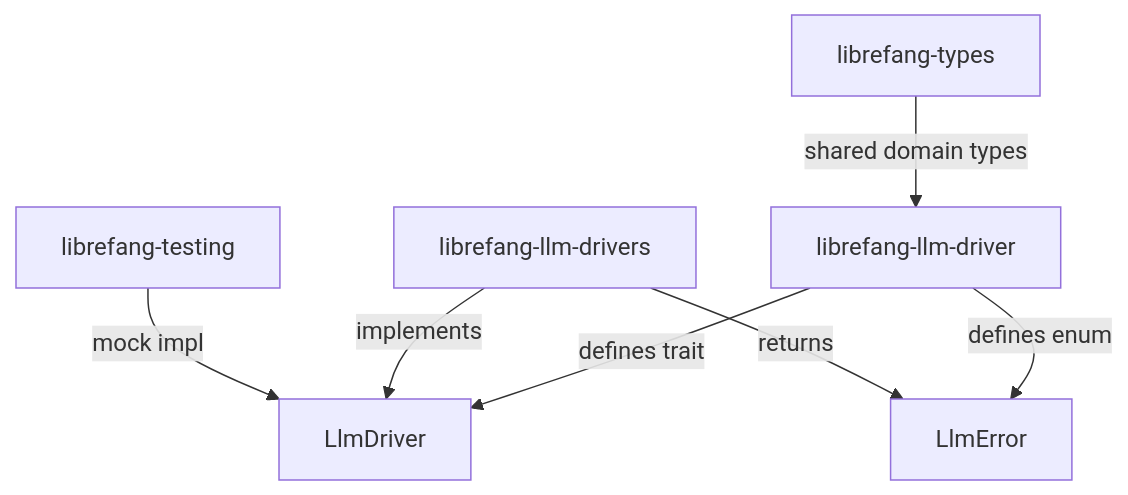
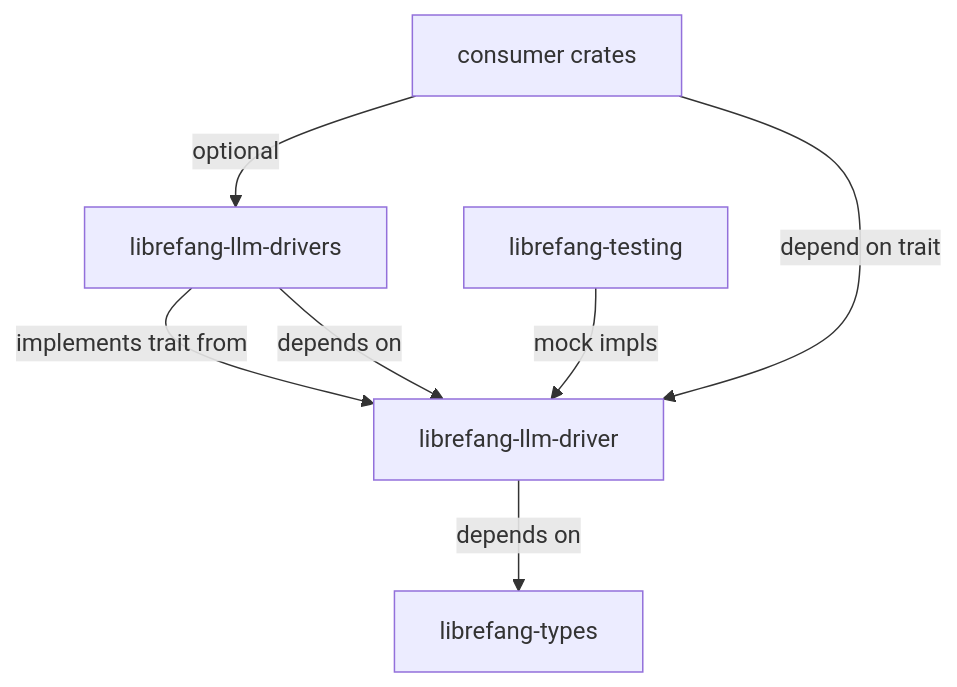
The diagram in other-librefang-llm-driver.md (leszek3737/librefang-WIki), drawn with Mermaid before and after one commit. The commit also changed other lines of this file and 125 other files, not shown here.

````diff
--- a/other-librefang-llm-driver.md
+++ b/other-librefang-llm-driver.md
@@ -9,9 +15,9 @@
 ```mermaid
 graph TD
-    A[librefang-llm-driver] -->|defines trait| B[LlmDriver]
-    A -->|defines enum| C[LlmError]
-    D[librefang-llm-drivers] -->|implements| B
-    D -->|returns| C
-    E[librefang-testing] -->|mock impl| B
-    F[librefang-types] -->|shared domain types| A
+    A[librefang-llm-driver] -->|depends on| B[librefang-types]
+    C[librefang-llm-drivers] -->|implements trait from| A
+    C -->|depends on| A
+    D[librefang-testing] -->|mock impls| A
+    E[consumer crates] -->|depend on trait| A
+    E -->|optional| C
 ```
````
